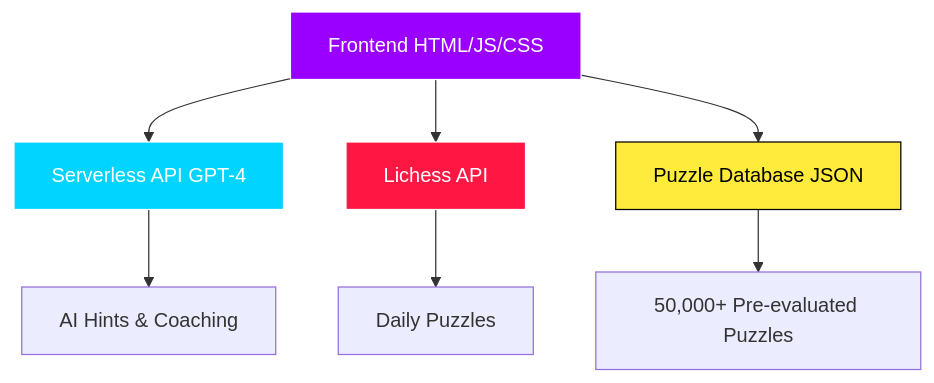
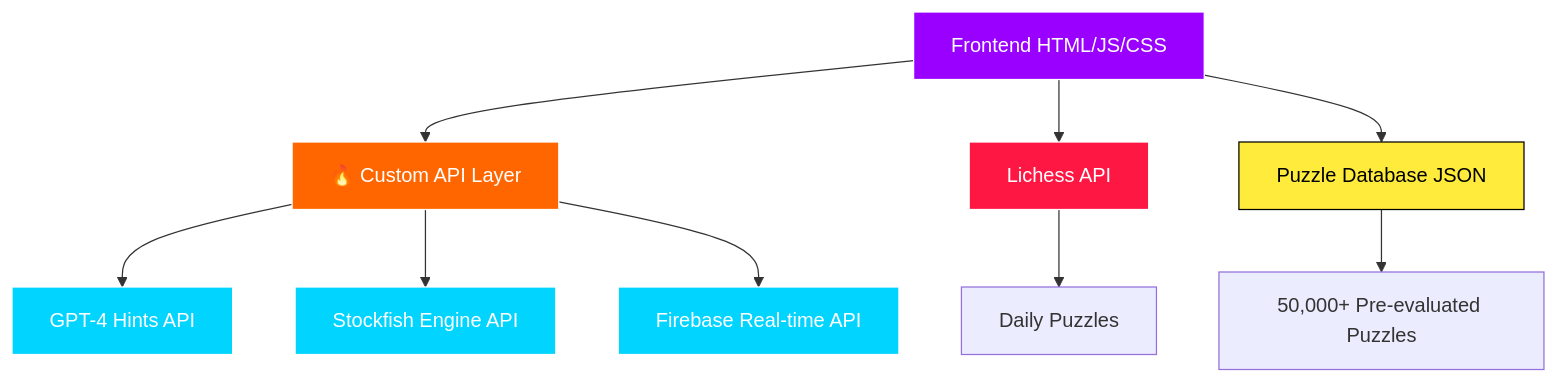
Before and after one commit to vd2mi/PawnPush: the diagram in README.md, drawn with Mermaid. The commit also changed other lines of this file, not shown here.

````diff
--- a/README.md
+++ b/README.md
@@ -55,14 +65,19 @@
 ```mermaid
 graph TB
-    A[Frontend HTML/JS/CSS] --> B[Serverless API GPT-4]
+    A[Frontend HTML/JS/CSS] --> B[🔥 Custom API Layer]
     A --> C[Lichess API]
     A --> D[Puzzle Database JSON]
-    B --> E[AI Hints & Coaching]
-    C --> F[Daily Puzzles]
-    D --> G[50,000+ Pre-evaluated Puzzles]
+    B --> E[GPT-4 Hints API]
+    B --> F[Stockfish Engine API]
+    B --> G[Firebase Real-time API]
+    C --> H[Daily Puzzles]
+    D --> I[50,000+ Pre-evaluated Puzzles]
     
     style A fill:#9900ff,stroke:#fff,color:#fff
-    style B fill:#00d4ff,stroke:#fff,color:#fff
+    style B fill:#ff6600,stroke:#fff,color:#fff
+    style E fill:#00d4ff,stroke:#fff,color:#fff
+    style F fill:#00d4ff,stroke:#fff,color:#fff
+    style G fill:#00d4ff,stroke:#fff,color:#fff
     style C fill:#ff1744,stroke:#fff,color:#fff
     style D fill:#ffeb3b,stroke:#000,color:#000
 ```
````
